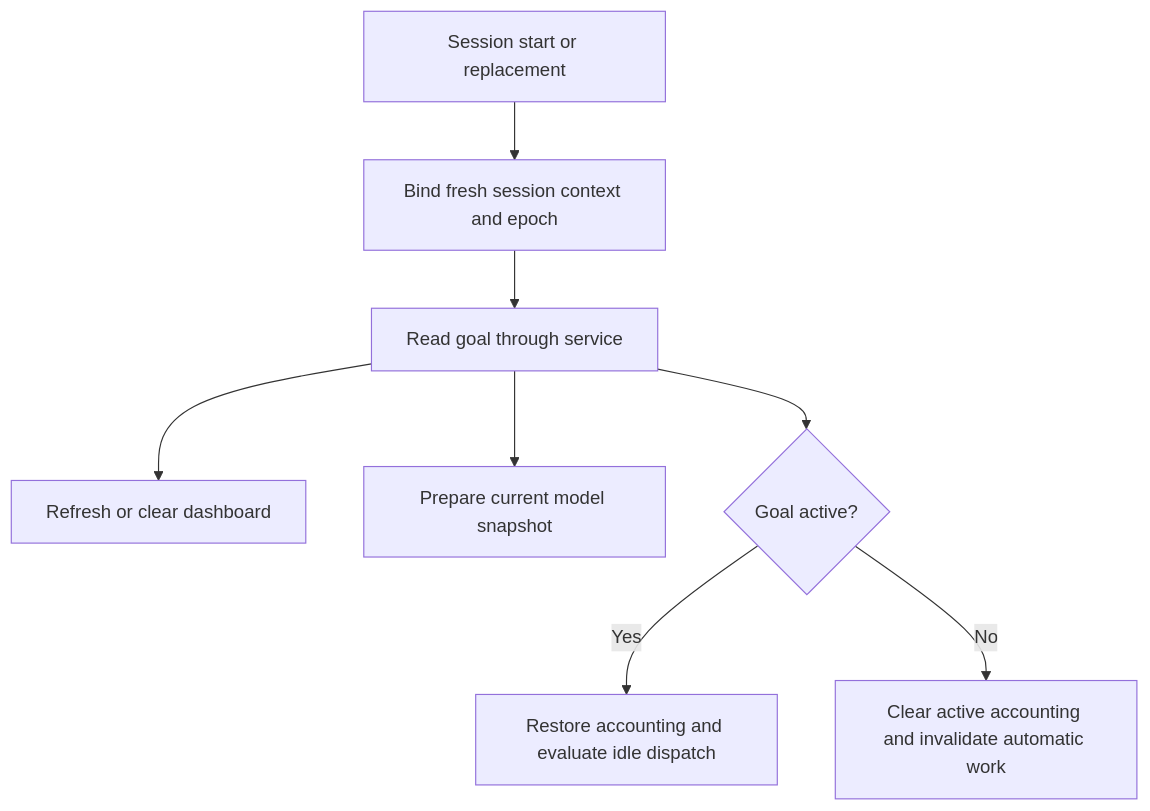
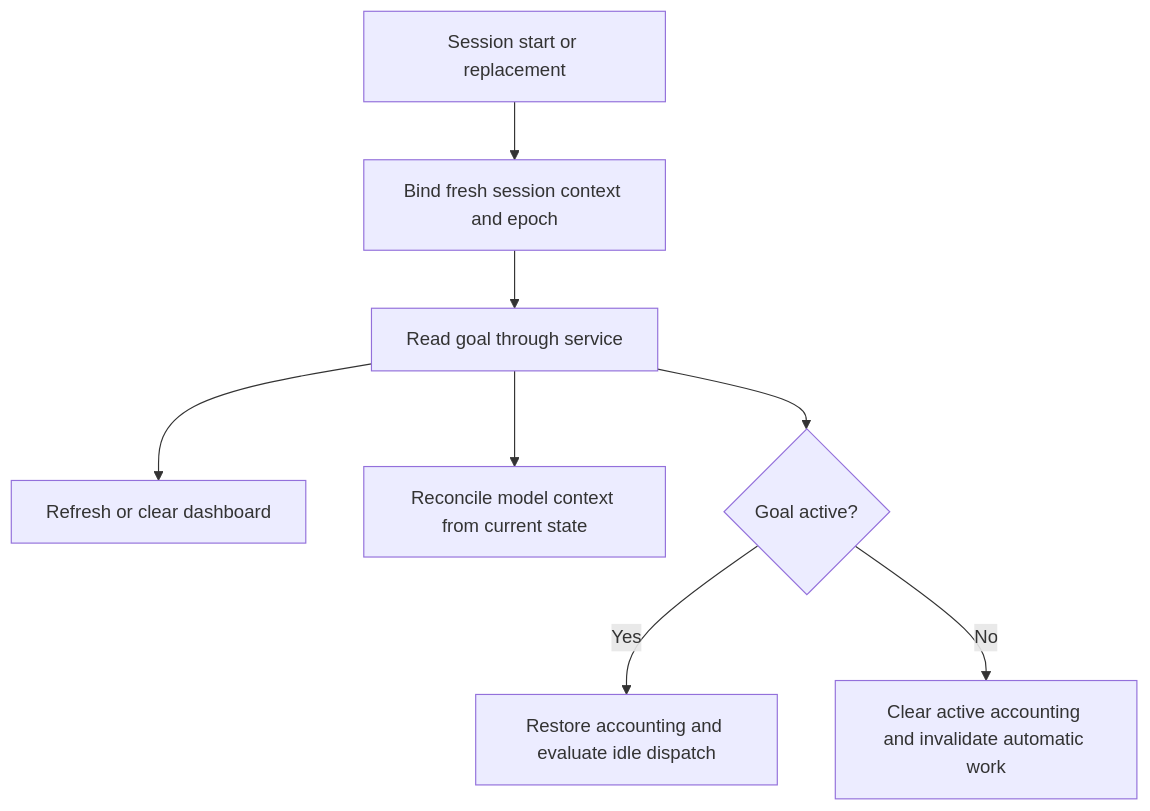
One commit to WeZZard/pi-secretary changed the third of 7 diagrams in docs/arch/architecture.md. Above: the diagram before and after it, drawn with Mermaid. The commit also changed other lines of this file and 9 other files, not shown here.

````diff
--- a/docs/arch/architecture.md
+++ b/docs/arch/architecture.md
@@ -238,10 +238,10 @@
 ```mermaid
 flowchart TD
     R[Session start or replacement] --> B[Bind fresh session context and epoch]
     B --> G[Read goal through service]
     G --> U[Refresh or clear dashboard]
-    G --> C[Prepare current model snapshot]
+    G --> C[Reconcile model context from current state]
     G --> A{Goal active?}
     A -->|Yes| M[Restore accounting and evaluate idle dispatch]
     A -->|No| N[Clear active accounting and invalidate automatic work]
 ```
````
